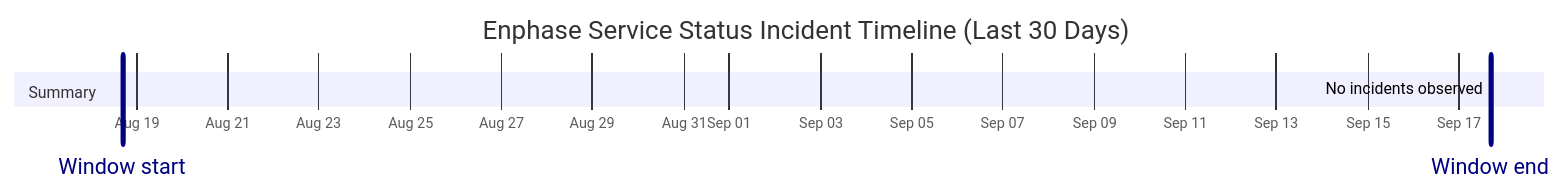
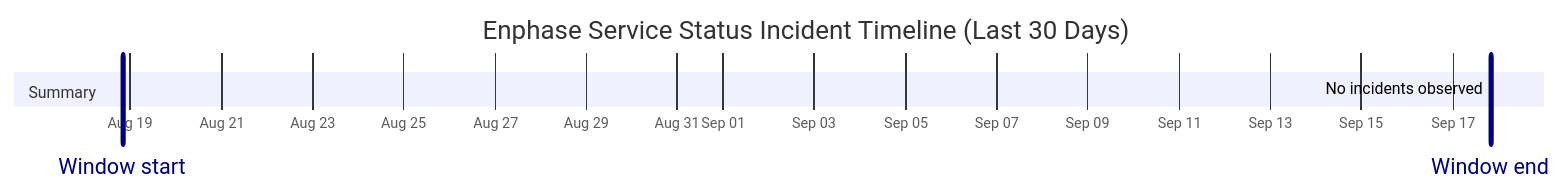
The diagram in wiki/Service-Status-History.md (barneyonline/ha-enphase-energy), drawn with Mermaid before and after one commit. The commit also changed other lines of this file and 3 other files, not shown here.

````diff
--- a/wiki/Service-Status-History.md
+++ b/wiki/Service-Status-History.md
@@ -14,10 +14,10 @@
 ```mermaid
 gantt
     title Enphase Service Status Incident Timeline (Last 30 Days)
     dateFormat  YYYY-MM-DDTHH:mm:ss
     axisFormat  %b %d
-    Window start :vert, window-start, 2026-08-18T16:41:37, 0ms
-    Window end :vert, window-end, 2026-09-17T16:41:37, 0ms
+    Window start :vert, window-start, 2026-08-18T19:59:32, 0ms
+    Window end :vert, window-end, 2026-09-17T19:59:32, 0ms
     section Summary
-    No incidents observed :done, 2026-09-17T16:41:37, 1m
+    No incidents observed :done, 2026-09-17T19:59:32, 1m
 ```
````
